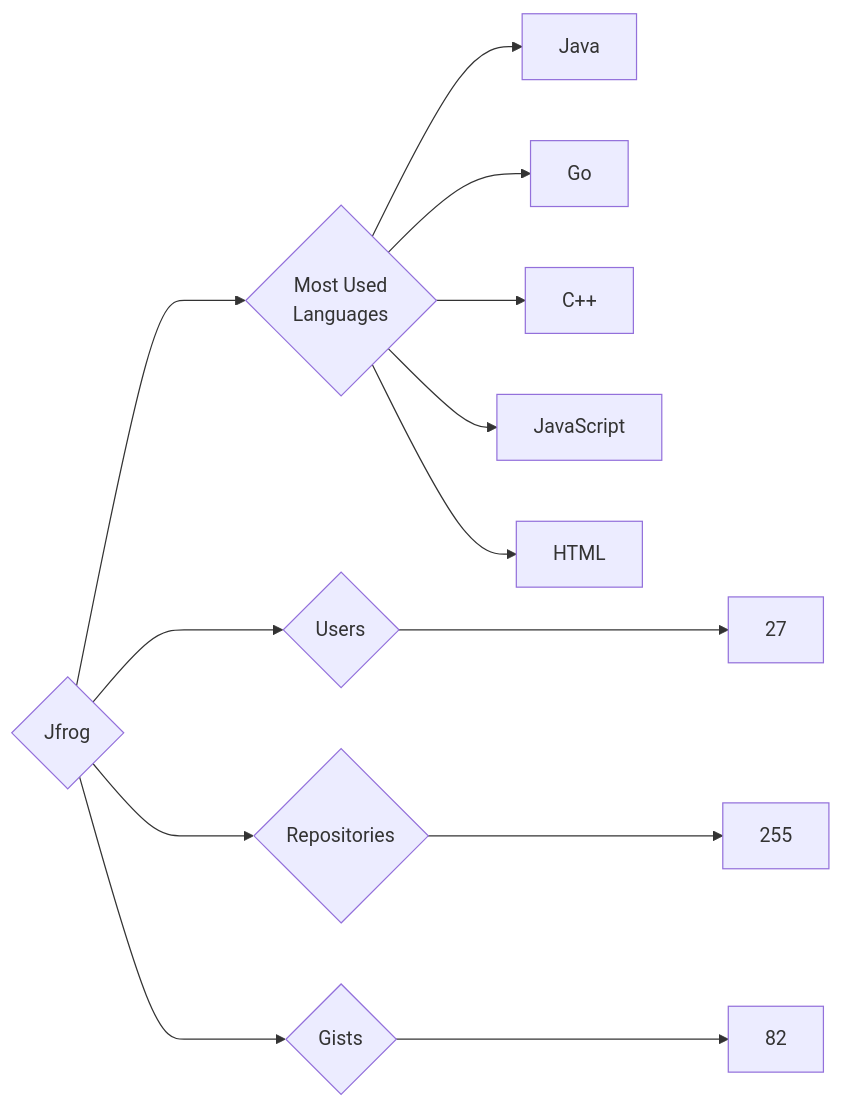
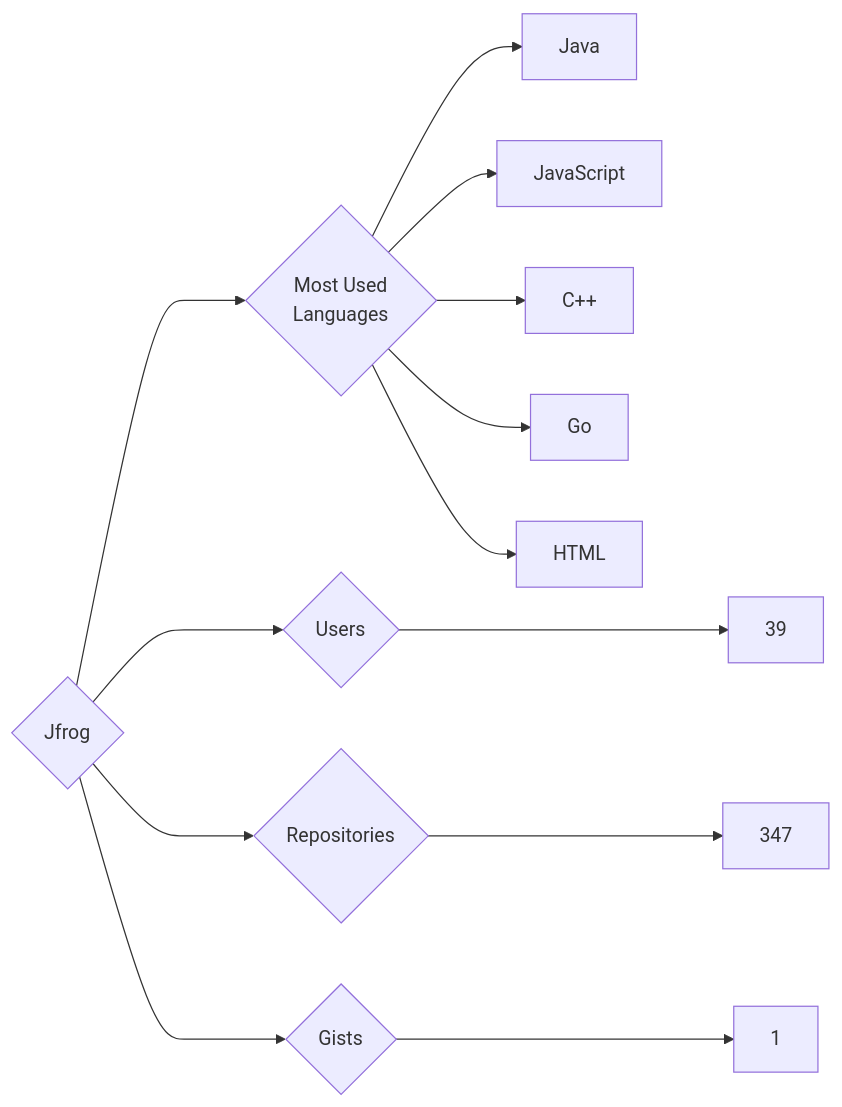
One commit to trickest/insiders changed the diagram in targets/Jfrog/README.md. Above: the diagram before and after it, drawn with Mermaid. The commit also changed 951 other files, not shown here.

````diff
--- a/targets/Jfrog/README.md
+++ b/targets/Jfrog/README.md
@@ -3,13 +3,13 @@
 ```mermaid
 graph LR
 COMPANY_NAME{Jfrog}
-COMPANY_NAME ---> U{Users} ---> UN[27]
-COMPANY_NAME ---> R{Repositories} ---> RN[255]
-COMPANY_NAME ---> G{Gists} ---> GN[82]
+COMPANY_NAME ---> U{Users} ---> UN[39]
+COMPANY_NAME ---> R{Repositories} ---> RN[347]
+COMPANY_NAME ---> G{Gists} ---> GN[1]
 COMPANY_NAME ---> ML{Most Used<br>Languages}
-ML --> Java
-ML --> Go
-ML --> C++
-ML --> JavaScript
-ML --> HTML
+ML --> Java[Java]
+ML --> JavaScript[JavaScript]
+ML --> C++[C++]
+ML --> Go[Go]
+ML --> HTML[HTML]
 ```
````
